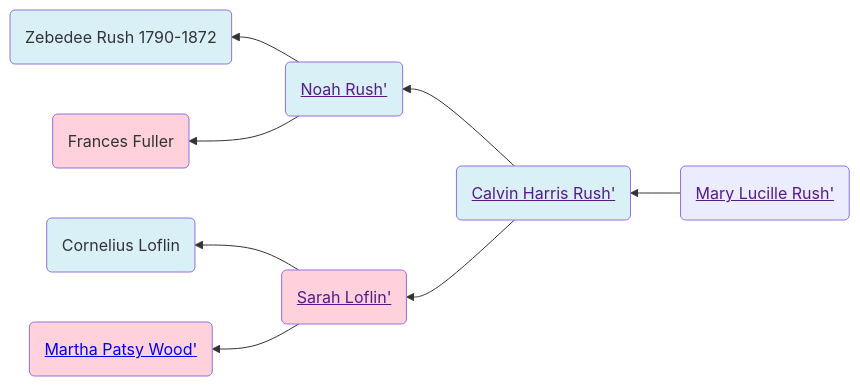
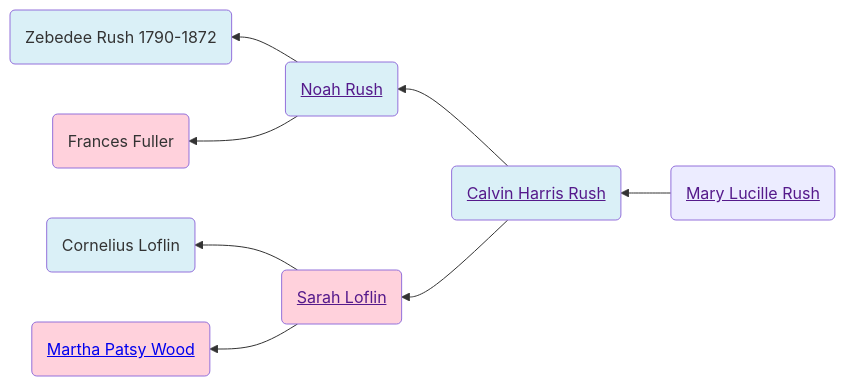
One commit to neelsmith/avocational changed the diagram in familyhistory/sources/people/Rush-line/Mary_Lucille_Rush.qmd. Above: the diagram before and after it, drawn with Mermaid. The commit also changed 96 other files, not shown here.

````diff
--- a/familyhistory/sources/people/Rush-line/Mary_Lucille_Rush.qmd
+++ b/familyhistory/sources/people/Rush-line/Mary_Lucille_Rush.qmd
@@ -19,22 +19,22 @@
 ```{mermaid}
 graph RL
 %% RL ancestor diagram
-Mary_Lucille_Rush(<a href=''>Mary Lucille Rush'</>) -->  Calvin_Harris_Rush(<a href='./Calvin_Harris_Rush.html'>Calvin Harris Rush'</>)
-Calvin_Harris_Rush(<a href=''>Calvin Harris Rush'</>) -->  Noah_Rush(<a href='./Noah_Rush.html'>Noah Rush'</>)
-Noah_Rush(<a href=''>Noah Rush'</>) -->  Zebedee_Rush_1790-1872(Zebedee Rush 1790-1872)
+Mary_Lucille_Rush(<a href=''>Mary Lucille Rush</a>) -->  Calvin_Harris_Rush(<a href='./Calvin_Harris_Rush.html'>Calvin Harris Rush</a>)
+Calvin_Harris_Rush(<a href=''>Calvin Harris Rush</a>) -->  Noah_Rush(<a href='./Noah_Rush.html'>Noah Rush</a>)
+Noah_Rush(<a href=''>Noah Rush</a>) -->  Zebedee_Rush_1790-1872(Zebedee Rush 1790-1872)
 class Zebedee_Rush_1790-1872 father
-Noah_Rush(<a href=''>Noah Rush'</>)  --> Frances_Fuller(Frances Fuller)
+Noah_Rush(<a href=''>Noah Rush</a>)  --> Frances_Fuller(Frances Fuller)
 class Frances_Fuller mother
 class Noah_Rush father
-Calvin_Harris_Rush(<a href=''>Calvin Harris Rush'</>)  --> Sarah_Loflin(<a href='./../Randolph_county_lines/Loflin/Sarah_Loflin.html'>Sarah Loflin'</>)
-Sarah_Loflin(<a href=''>Sarah Loflin'</>) -->  Cornelius_Loflin(Cornelius Loflin)
+Calvin_Harris_Rush(<a href=''>Calvin Harris Rush</a>)  --> Sarah_Loflin(<a href='./../Randolph_county_lines/Loflin/Sarah_Loflin.html'>Sarah Loflin</a>)
+Sarah_Loflin(<a href=''>Sarah Loflin</a>) -->  Cornelius_Loflin(Cornelius Loflin)
 class Cornelius_Loflin father
-Sarah_Loflin(<a href=''>Sarah Loflin'</>)  --> Martha_Patsy_Wood(<a href='./../Martha_Patsy_Wood.html'>Martha Patsy Wood'</>)
+Sarah_Loflin(<a href=''>Sarah Loflin</a>)  --> Martha_Patsy_Wood(<a href='./../Martha_Patsy_Wood.html'>Martha Patsy Wood</a>)
 class Martha_Patsy_Wood mother
 class Sarah_Loflin mother
 class Calvin_Harris_Rush father
 classDef mother fill:#ffd1dc
 classDef father fill:#daf0f7  
 classDef marriage fill:#ffffff
 
 ```
````
